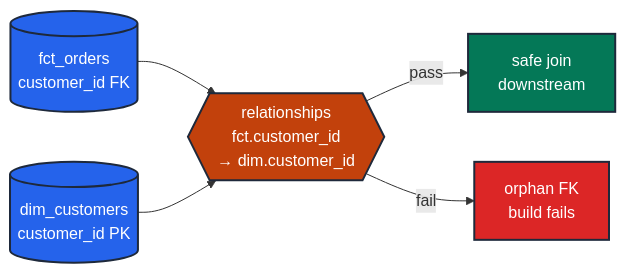
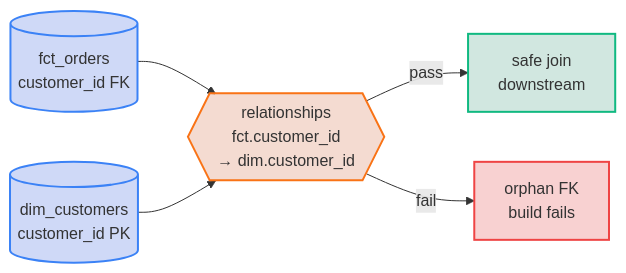
One commit to neozenith/dbt-gcp-jaffleshop changed the diagram in docs/guides/testing_taxonomy/entity/EN-03-foreign-key-integrity.md. Above: the diagram before and after it, drawn with Mermaid. The commit also changed 36 other files, not shown here.

First line of the commit message:
docs(taxonomy): rework guide entry-point + WCAG-AAA dual-theme mermaid palette (#19)

````diff
--- a/docs/guides/testing_taxonomy/entity/EN-03-foreign-key-integrity.md
+++ b/docs/guides/testing_taxonomy/entity/EN-03-foreign-key-integrity.md
@@ -88,16 +88,16 @@
 ```mermaid
 flowchart LR
     parent[("dim_customers<br/>customer_id PK")]:::entityPrimary
     child[("fct_orders<br/>customer_id FK")]:::entityPrimary
     test{{"relationships<br/>fct.customer_id<br/>→ dim.customer_id"}}:::gate
 
     child --> test
     parent --> test
     test -- pass --> ok["safe join<br/>downstream"]:::ok
     test -- fail --> orphan["orphan FK<br/>build fails"]:::fail
 
-    classDef entityPrimary fill:#2563eb,stroke:#1e293b,color:#fff,stroke-width:2px
-    classDef gate          fill:#c2410c,stroke:#1e293b,color:#fff,stroke-width:2px
-    classDef ok            fill:#047857,stroke:#1e293b,color:#fff,stroke-width:2px
-    classDef fail          fill:#dc2626,stroke:#1e293b,color:#fff,stroke-width:2px
+    classDef entityPrimary fill:#1d4ed836,stroke:#3b82f6,stroke-width:2px
+    classDef gate fill:#c2410c30,stroke:#f97316,stroke-width:2px
+    classDef ok fill:#0478572e,stroke:#10b981,stroke-width:2px
+    classDef fail fill:#dc262636,stroke:#ef4444,stroke-width:2px
 ```
````
